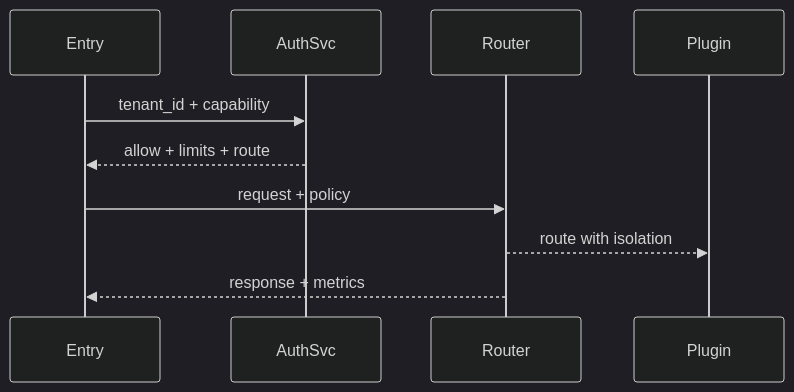
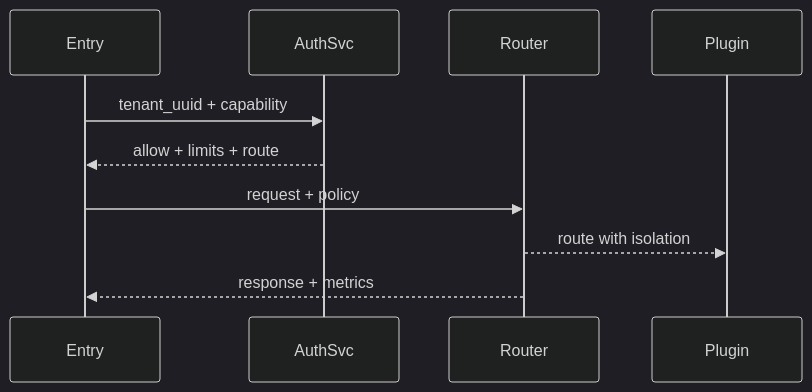
The diagram in docs/use_cases/_from_hub/SCN-INT-HOST-CALL-PLUGIN-001/UC-INT-HOST-CALL-TENANT-001.md (ArtisanCloud/PowerX), drawn with Mermaid (dark theme) before and after one commit. The commit also changed other lines of this file and 777 other files, not shown here.

````diff
--- a/docs/use_cases/_from_hub/SCN-INT-HOST-CALL-PLUGIN-001/UC-INT-HOST-CALL-TENANT-001.md
+++ b/docs/use_cases/_from_hub/SCN-INT-HOST-CALL-PLUGIN-001/UC-INT-HOST-CALL-TENANT-001.md
@@ -82,13 +82,13 @@
 ```mermaid
 sequenceDiagram
   participant Entry
   participant AuthSvc
   participant Router
   participant Plugin
 
-  Entry->>AuthSvc: tenant_id + capability
+  Entry->>AuthSvc: tenant_uuid + capability
   AuthSvc-->>Entry: allow + limits + route
   Entry->>Router: request + policy
   Router-->>Plugin: route with isolation
   Router-->>Entry: response + metrics
 ```
````
